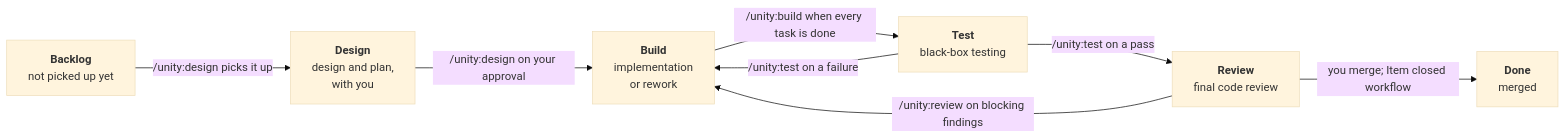
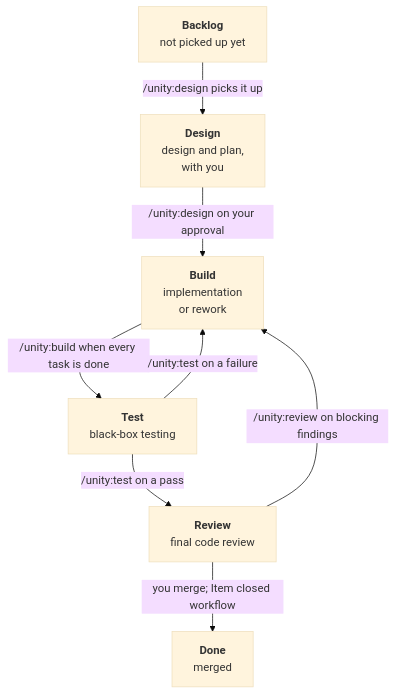
The diagram in README.md (vanesterik/unity), drawn with Mermaid (base theme) before and after one commit.

Commit message:
Draw the board top to bottom and put it before the commands

````diff
--- a/README.md
+++ b/README.md
@@ -125,17 +110,17 @@
 ```mermaid
-flowchart LR
+flowchart TB
     Backlog["<b>Backlog</b><br/>not picked up yet"]
     Design["<b>Design</b><br/>design and plan,<br/>with you"]
     Build["<b>Build</b><br/>implementation<br/>or rework"]
     Test["<b>Test</b><br/>black-box testing"]
     Review["<b>Review</b><br/>final code review"]
     Done["<b>Done</b><br/>merged"]
 
     Backlog -->|"/unity:design picks it up"| Design
     Design -->|"/unity:design on your approval"| Build
     Build -->|"/unity:build when every task is done"| Test
     Test -->|"/unity:test on a pass"| Review
     Test -->|"/unity:test on a failure"| Build
     Review -->|"/unity:review on blocking findings"| Build
     Review -->|"you merge; Item closed workflow"| Done
 ```
````
